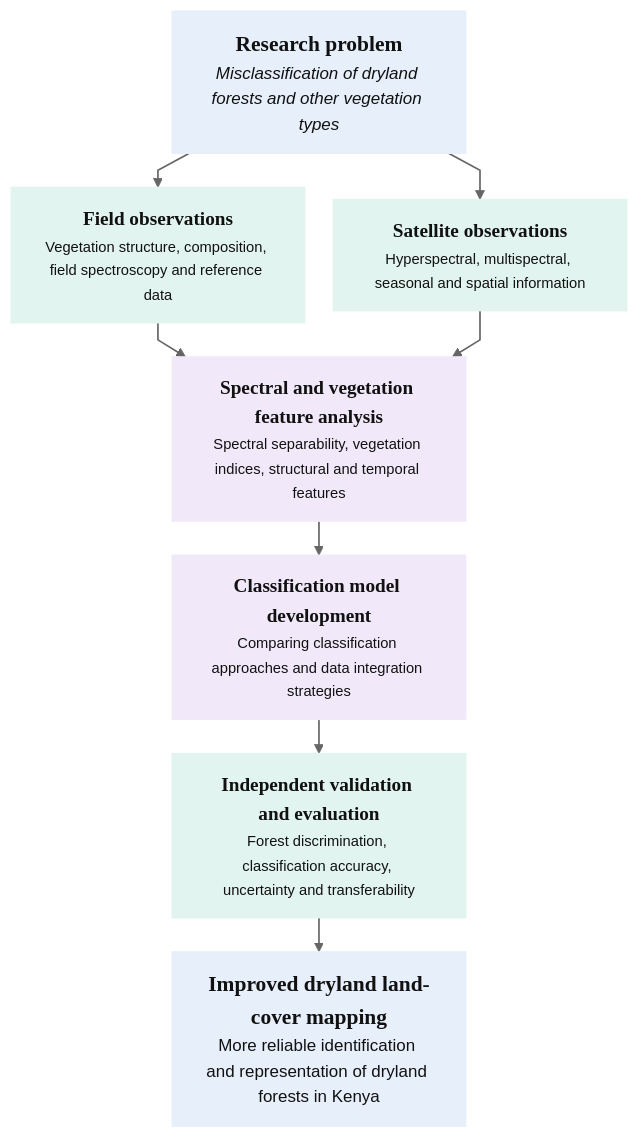
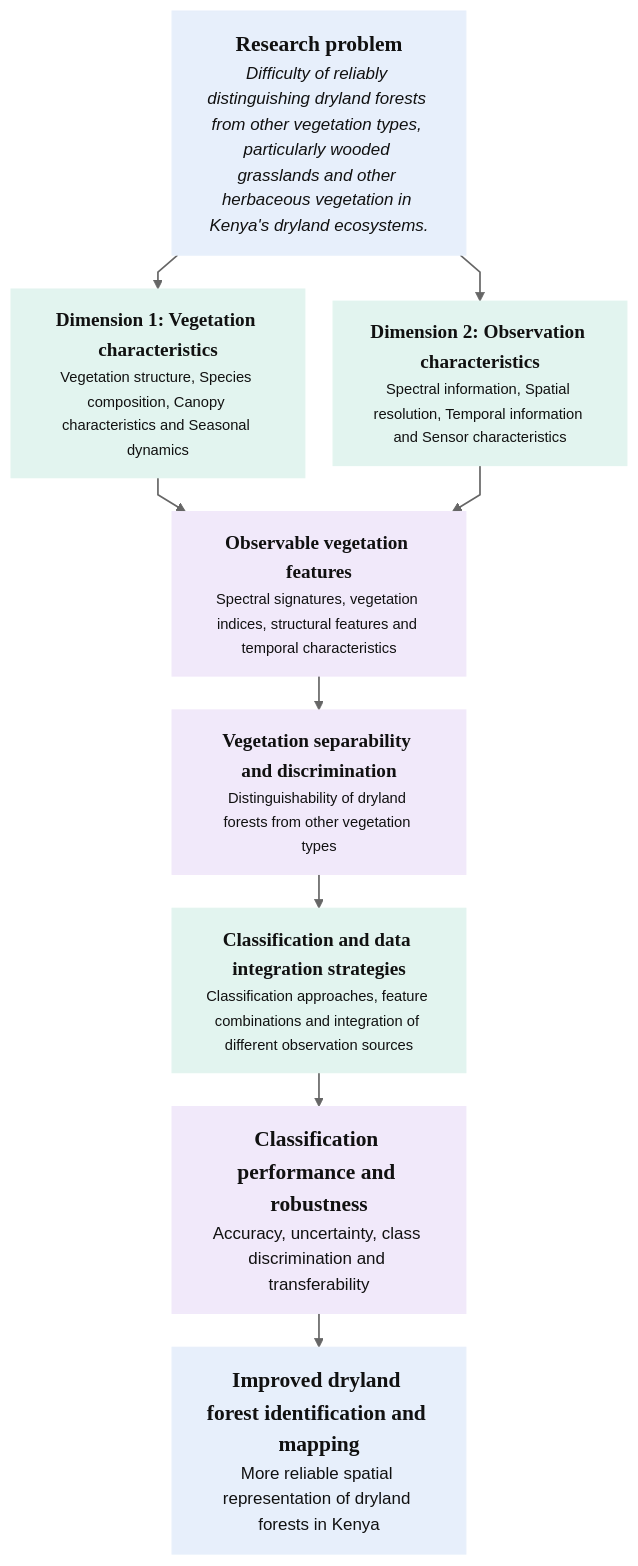
The diagram in Research Concept.md (Merceline10/My-First_Ever), drawn with Mermaid before and after one commit.

Commit message:
Revise research concept details and structure

````diff
--- a/Research Concept.md
+++ b/Research Concept.md
@@ -4,51 +4,55 @@
 ```mermaid
 %%{init: {
   "theme": "base",
   "themeVariables": {
     "fontFamily": "Arial, sans-serif",
     "fontSize": "14px",
     "lineColor": "#666666"
   },
   "flowchart": {
     "htmlLabels": true,
     "curve": "linear",
     "nodeSpacing": 25,
     "rankSpacing": 30
   }
 }}%%
 
 flowchart TB
 
-    A["<span style='font-family:Georgia,serif;font-size:19px;font-weight:bold'>Research problem</span><br/><span style='font-family:Arial,sans-serif;font-size:15px;font-style:italic'>Misclassification of dryland forests and other vegetation types</span>"]
+    A["<span style='font-family:Georgia,serif;font-size:19px;font-weight:bold'>Research problem</span><br/><span style='font-family:Arial,sans-serif;font-size:15px;font-style:italic'>Difficulty of reliably distinguishing dryland forests from other vegetation types, particularly wooded grasslands and other herbaceous vegetation in Kenya's dryland ecosystems.</span>"]
 
-    B["<span style='font-family:Georgia,serif;font-size:17px;font-weight:bold'>Field observations</span><br/><span style='font-family:Arial,sans-serif;font-size:13px'>Vegetation structure, composition, field spectroscopy and reference data</span>"]
+    B["<span style='font-family:Georgia,serif;font-size:17px;font-weight:bold'>Dimension 1: Vegetation characteristics</span><br/><span style='font-family:Arial,sans-serif;font-size:13px'>Vegetation structure, Species composition, Canopy characteristics and Seasonal dynamics</span>"]
 
-    C["<span style='font-family:Georgia,serif;font-size:17px;font-weight:bold'>Satellite observations</span><br/><span style='font-family:Arial,sans-serif;font-size:13px'>Hyperspectral, multispectral, seasonal and spatial information</span>"]
+    C["<span style='font-family:Georgia,serif;font-size:17px;font-weight:bold'>Dimension 2: Observation characteristics</span><br/><span style='font-family:Arial,sans-serif;font-size:13px'>Spectral information, Spatial resolution, Temporal information and Sensor characteristics</span>"]
 
-    D["<span style='font-family:Georgia,serif;font-size:17px;font-weight:bold'>Spectral and vegetation feature analysis</span><br/><span style='font-family:Arial,sans-serif;font-size:13px'>Spectral separability, vegetation indices, structural and temporal features</span>"]
+    D["<span style='font-family:Georgia,serif;font-size:17px;font-weight:bold'>Observable vegetation features</span><br/><span style='font-family:Arial,sans-serif;font-size:13px'>Spectral signatures, vegetation indices, structural features and temporal characteristics</span>"]
 
-    E["<span style='font-family:Georgia,serif;font-size:17px;font-weight:bold'>Classification model development</span><br/><span style='font-family:Arial,sans-serif;font-size:13px'>Comparing classification approaches and data integration strategies</span>"]
+    E["<span style='font-family:Georgia,serif;font-size:17px;font-weight:bold'>Vegetation separability and discrimination</span><br/><span style='font-family:Arial,sans-serif;font-size:13px'>Distinguishability of dryland forests from other vegetation types</span>"]
 
-    F["<span style='font-family:Georgia,serif;font-size:17px;font-weight:bold'>Independent validation and evaluation</span><br/><span style='font-family:Arial,sans-serif;font-size:13px'>Forest discrimination, classification accuracy, uncertainty and transferability</span>"]
+    F["<span style='font-family:Georgia,serif;font-size:17px;font-weight:bold'>Classification and data integration strategies</span><br/><span style='font-family:Arial,sans-serif;font-size:13px'>Classification approaches, feature combinations and integration of different observation sources</span>"]
 
-    G["<span style='font-family:Georgia,serif;font-size:19px;font-weight:bold'>Improved dryland land-cover mapping</span><br/><span style='font-family:Arial,sans-serif;font-size:15px'>More reliable identification and representation of dryland forests in Kenya</span>"]
+    G["<span style='font-family:Georgia,serif;font-size:19px;font-weight:bold'>Classification performance and robustness</span><br/><span style='font-family:Arial,sans-serif;font-size:15px'>Accuracy, uncertainty, class discrimination and transferability</span>"]
+
+    H["<span style='font-family:Georgia,serif;font-size:19px;font-weight:bold'>Improved dryland forest identification and mapping</span><br/><span style='font-family:Arial,sans-serif;font-size:15px'>More reliable spatial representation of dryland forests in Kenya</span>"]
 
     A --> B
     A --> C
     B --> D
     C --> D
     D --> E
     E --> F
     F --> G
+    G --> H
 
     classDef blue fill:#E7EFFB,stroke:#E7EFFB,color:#111111,stroke-width:1px;
     classDef green fill:#E2F4EF,stroke:#E2F4EF,color:#111111,stroke-width:1px;
     classDef purple fill:#F1E9FA,stroke:#F1E9FA,color:#111111,stroke-width:1px;
 
     class A,G blue;
     class B,C,F green;
-    class D,E purple;
+    class D,E,G purple;
+    class H blue;
 
     linkStyle default stroke:#666666,stroke-width:1.5px;
 
 ```
````
